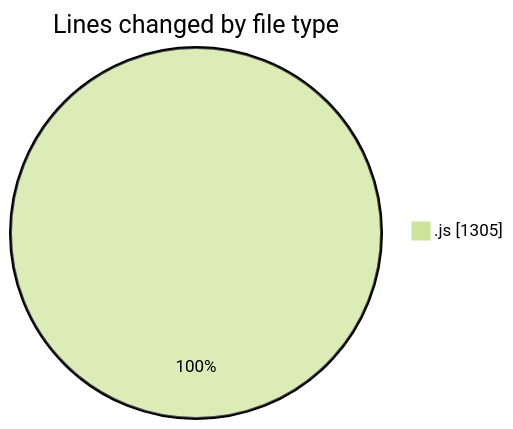
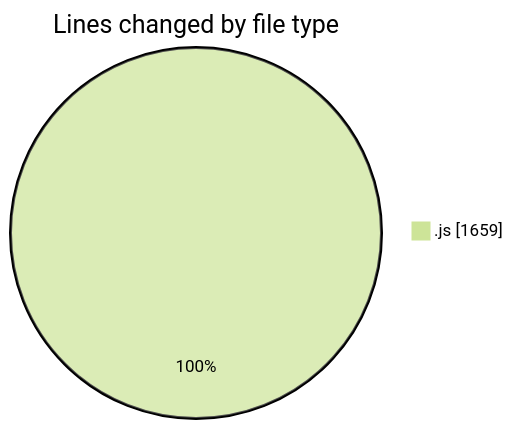
The first of 2 diagrams in 2025-12-29/nxtqube_webapp/README.md (nxtqubesakshisongat/code-tracking), drawn with Mermaid (forest theme) before and after one commit. The commit also changed other lines of this file and 1 other file, not shown here.

````diff
--- a/2025-12-29/nxtqube_webapp/README.md
+++ b/2025-12-29/nxtqube_webapp/README.md
@@ -21,5 +21,5 @@
 ```mermaid
 pie showData
 title Lines changed by file type
-".js" : 1305
+".js" : 1659
 ```
````
